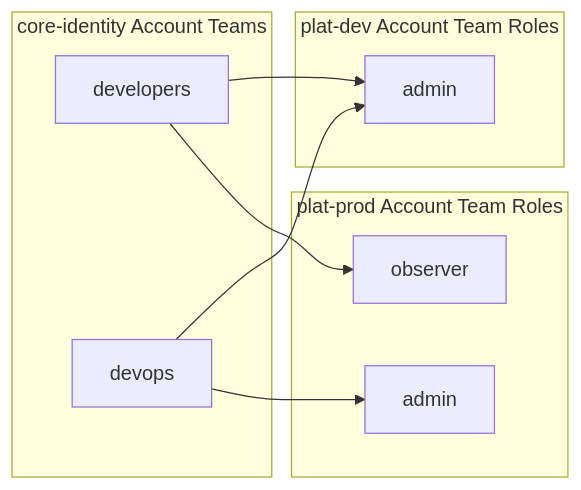
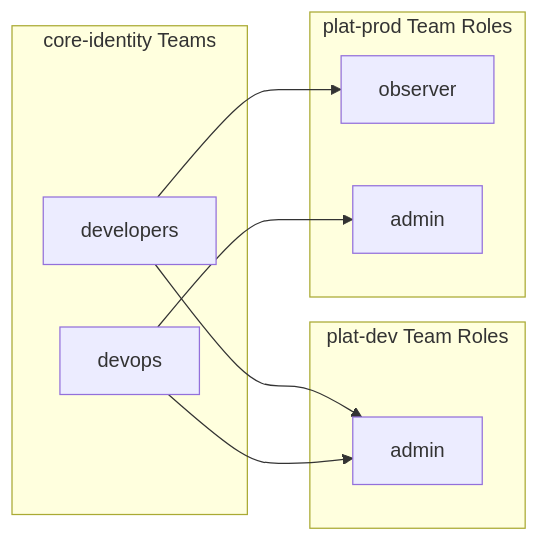
One commit to cloudposse/docs changed the first of 5 diagrams in docs/layers/identity/centralized-terraform-access.mdx. Above: the diagram before and after it, drawn with Mermaid. The commit also changed other lines of this file and 1 other file, not shown here.

Commit message:
updated identity documentation, added mermaid diagrams

````diff
--- a/docs/layers/identity/centralized-terraform-access.mdx
+++ b/docs/layers/identity/centralized-terraform-access.mdx
@@ -41,21 +41,21 @@
 ```mermaid
 flowchart LR
-    subgraph identity_account_teams["core-identity Account Teams"]
+    subgraph core_identity["core-identity Teams"]
         developers["developers"]
         devops["devops"]
     end
 
-    subgraph dev_account_roles["plat-dev Account Team Roles"]
+    subgraph dev_account_roles["plat-dev Team Roles"]
         admin_dev["admin"]
     end
 
-    subgraph prod_account_roles["plat-prod Account Team Roles"]
+    subgraph prod_account_roles["plat-prod Team Roles"]
+        observer_prod["observer"]
         admin_prod["admin"]
-        observer_prod["observer"]
     end
 
     developers --> admin_dev
     developers --> observer_prod
+    devops --> admin_prod
     devops --> admin_dev
-    devops --> admin_prod
 ```
````
